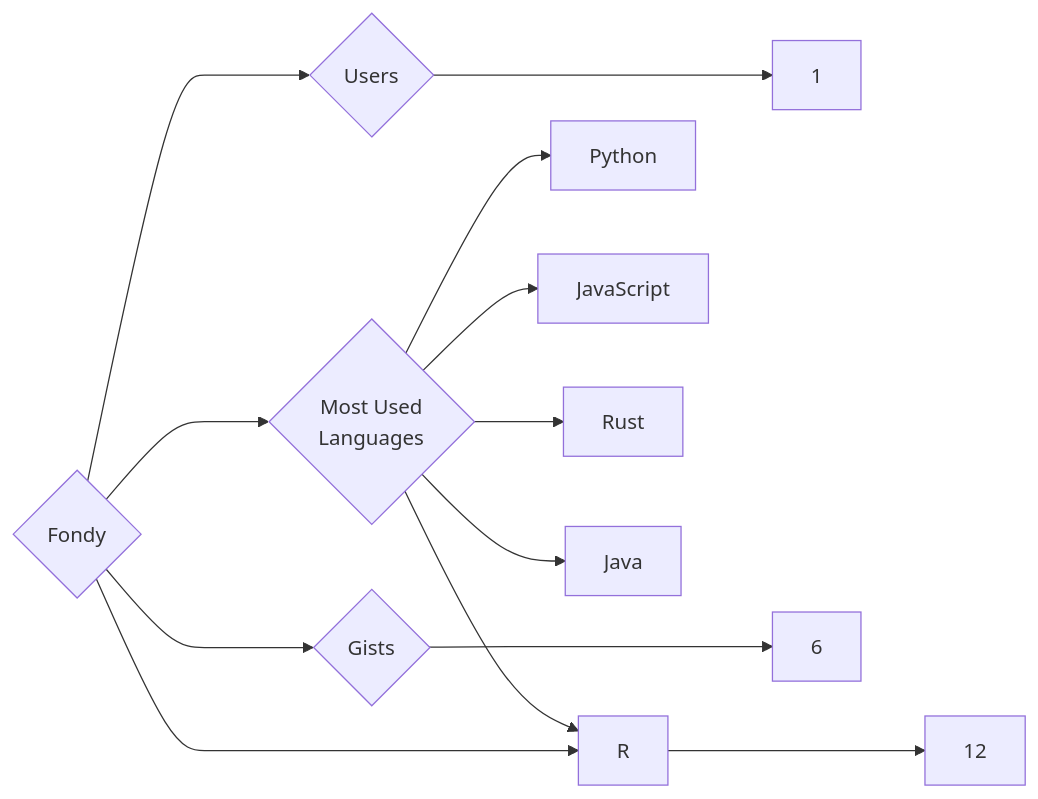
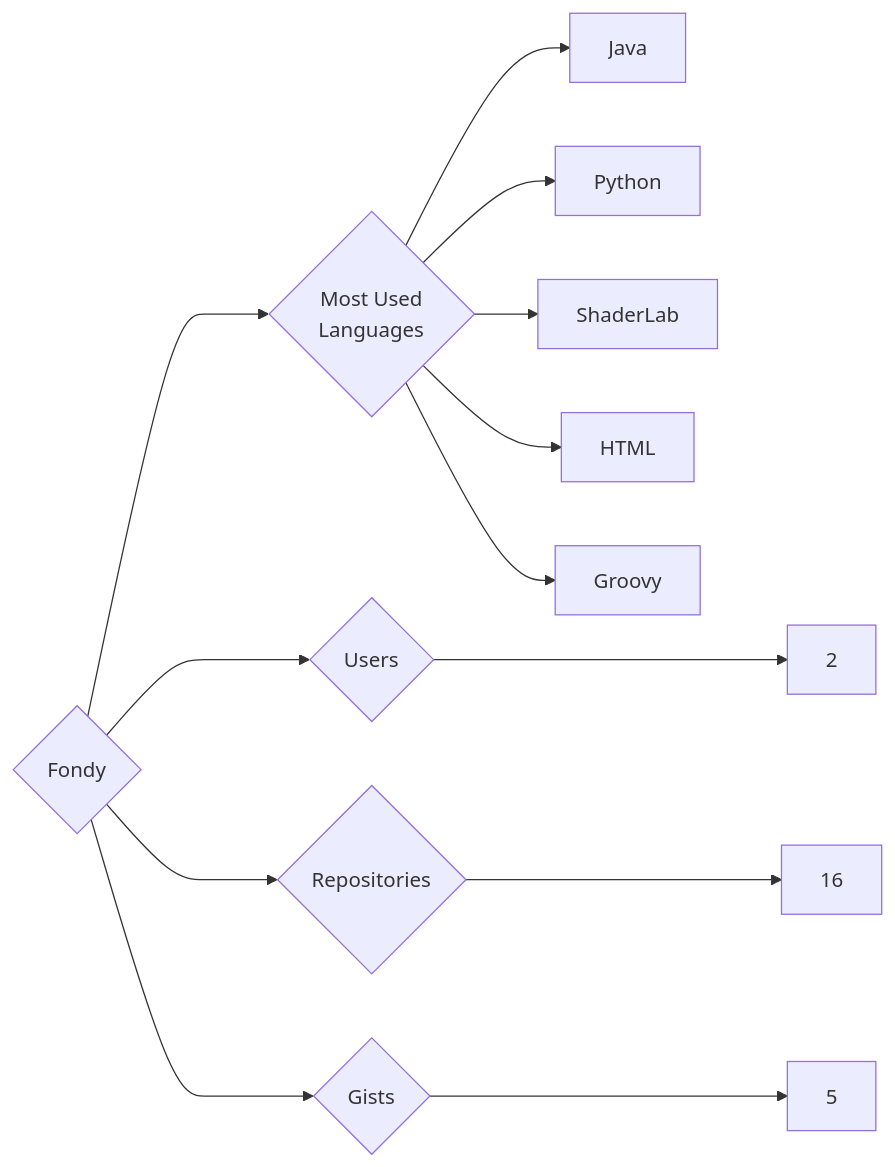
Before and after one commit to trickest/insiders: the diagram in targets/Fondy/README.md, drawn with Mermaid. The commit also changed 1175 other files, not shown here.

````diff
--- a/targets/Fondy/README.md
+++ b/targets/Fondy/README.md
@@ -3,13 +3,13 @@
 ```mermaid
 graph LR
 COMPANY_NAME{Fondy}
-COMPANY_NAME ---> U{Users} ---> UN[1]
-COMPANY_NAME ---> R{Repositories} ---> RN[12]
-COMPANY_NAME ---> G{Gists} ---> GN[6]
+COMPANY_NAME ---> U{Users} ---> UN[2]
+COMPANY_NAME ---> R{Repositories} ---> RN[16]
+COMPANY_NAME ---> G{Gists} ---> GN[5]
 COMPANY_NAME ---> ML{Most Used<br>Languages}
+ML --> Java[Java]
 ML --> Python[Python]
-ML --> JavaScript[JavaScript]
-ML --> Rust[Rust]
-ML --> R[R]
-ML --> Java[Java]
+ML --> ShaderLab[ShaderLab]
+ML --> HTML[HTML]
+ML --> Groovy[Groovy]
 ```
````
